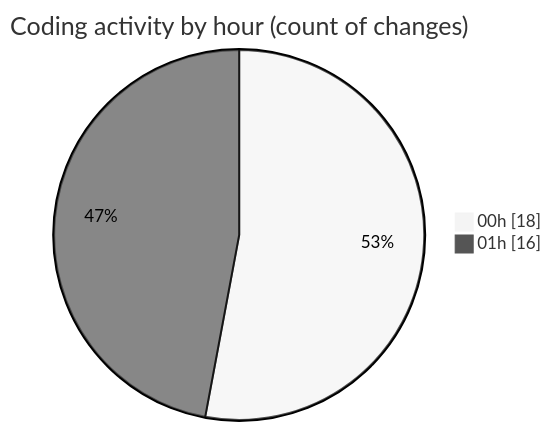
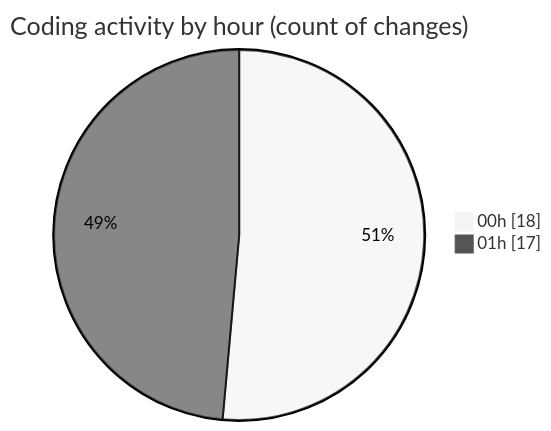
One commit to Elitesun/code-tracking changed the second of 2 diagrams in 2025-05-12/elitesun/README.md. Above: the diagram before and after it, drawn with Mermaid (neutral theme). The commit also changed other lines of this file and 1 other file, not shown here.

````diff
--- a/2025-05-12/elitesun/README.md
+++ b/2025-05-12/elitesun/README.md
@@ -44,6 +44,6 @@
 ```mermaid
 pie showData
 title Coding activity by hour (count of changes)
 "00h" : 18
-"01h" : 16
+"01h" : 17
 ```
````
